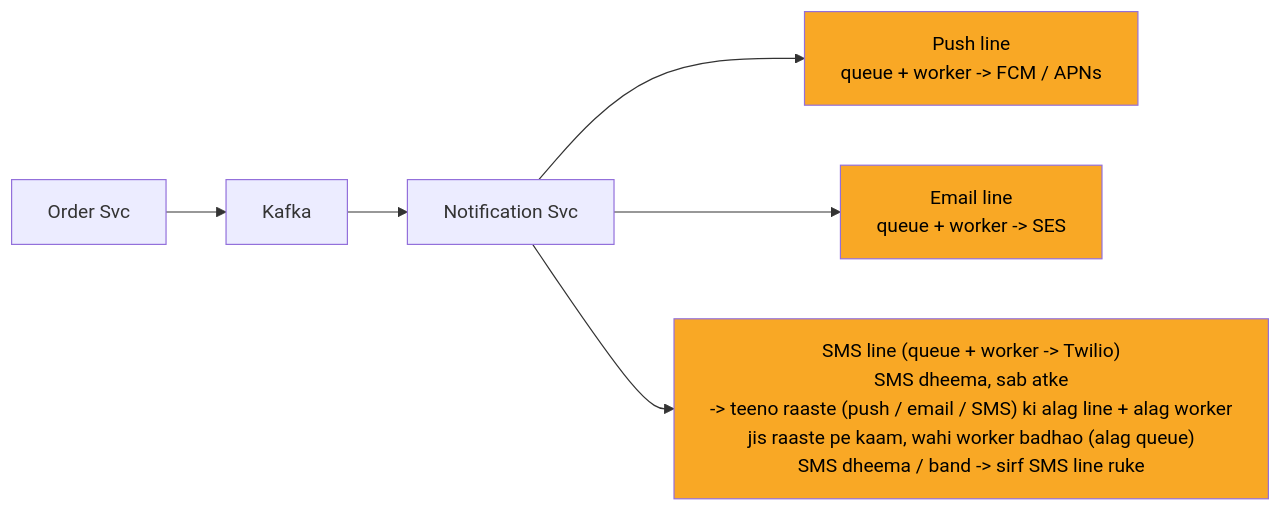
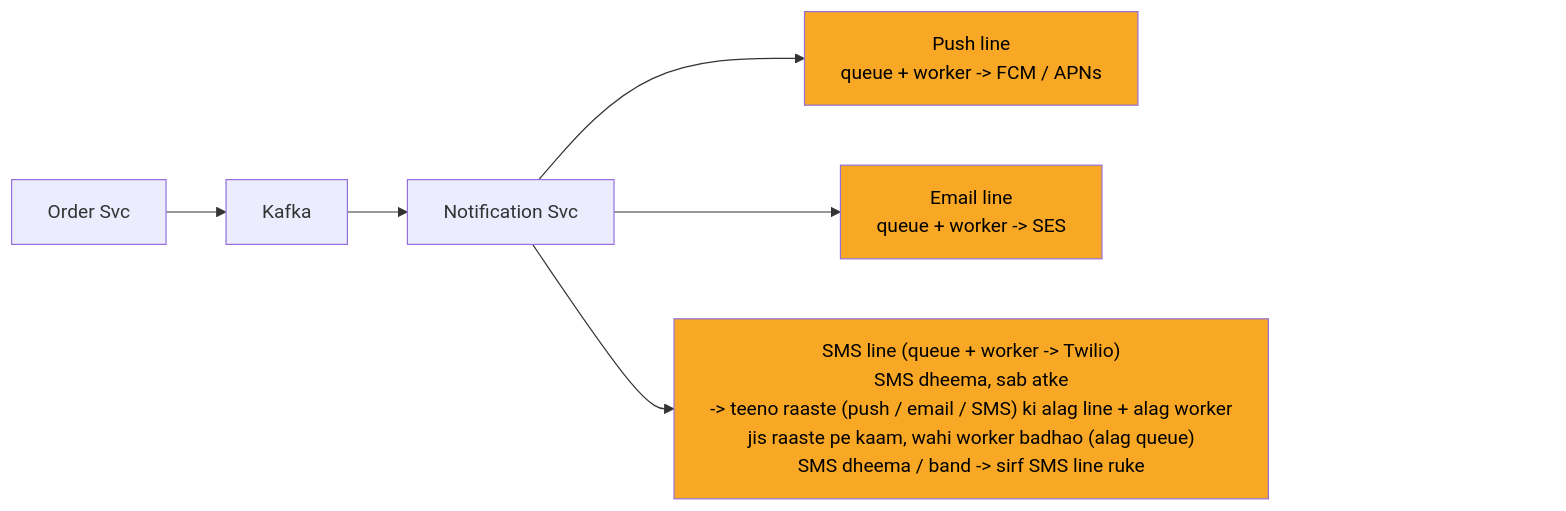
The third of 13 diagrams in 04_HLD/SYSTEM_DESIGNS/04_notification_system/04_notification_system.md (ArpanMaheshwari144/Prep), drawn with Mermaid before and after one commit. The commit also changed other lines of this file and 13 other files, not shown here.

Commit message:
hld 14 file: har diagram ke daayein andekha dabba, zoom button asli dabbe pe na aaye

````diff
--- a/04_HLD/SYSTEM_DESIGNS/04_notification_system/04_notification_system.md
+++ b/04_HLD/SYSTEM_DESIGNS/04_notification_system/04_notification_system.md
@@ -144,18 +150,21 @@
 ```mermaid
 %%{init: {"flowchart": {"wrappingWidth": 450}}}%%
 flowchart LR
     n_Order_Svc["Order Svc"]
     n_Kafka["Kafka"]
     n_Notification_Svc["Notification Svc"]
     n_PUSH["Push line<br/>queue + worker -> FCM / APNs"]
     n_EMAIL["Email line<br/>queue + worker -> SES"]
     n_SMSL["SMS line (queue + worker -> Twilio)<br/>SMS dheema, sab atke<br/>-> teeno raaste (push / email / SMS) ki alag line + alag worker<br/>jis raaste pe kaam, wahi worker badhao (alag queue)<br/>SMS dheema / band -> sirf SMS line ruke"]
     n_Order_Svc --> n_Kafka
     n_Kafka --> n_Notification_Svc
     n_Notification_Svc --> n_PUSH
     n_Notification_Svc --> n_EMAIL
     n_Notification_Svc --> n_SMSL
+    n_pad["xxxxxxxxxxxxxxxx"]
+    n_SMSL ~~~ n_pad
     style n_PUSH fill:#f9a825,color:#000
     style n_EMAIL fill:#f9a825,color:#000
     style n_SMSL fill:#f9a825,color:#000
+    style n_pad fill:none,stroke:none,color:#ffffff00
 ```
````
